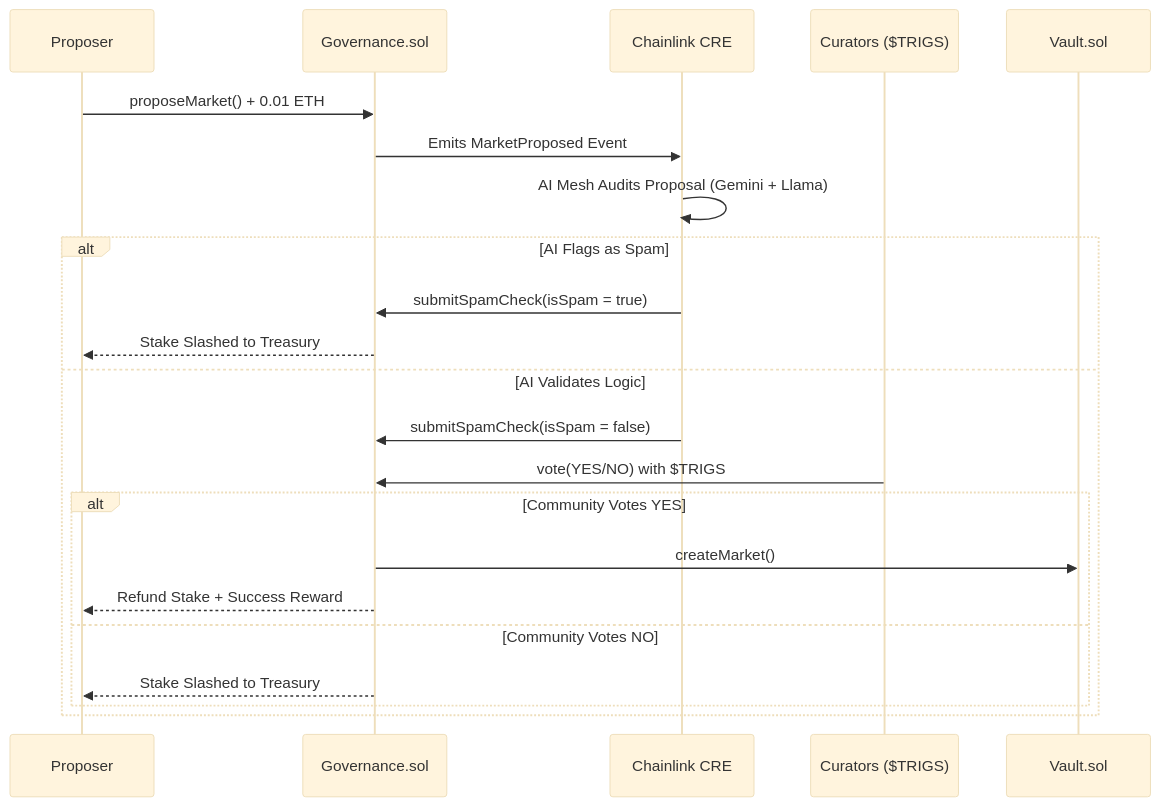
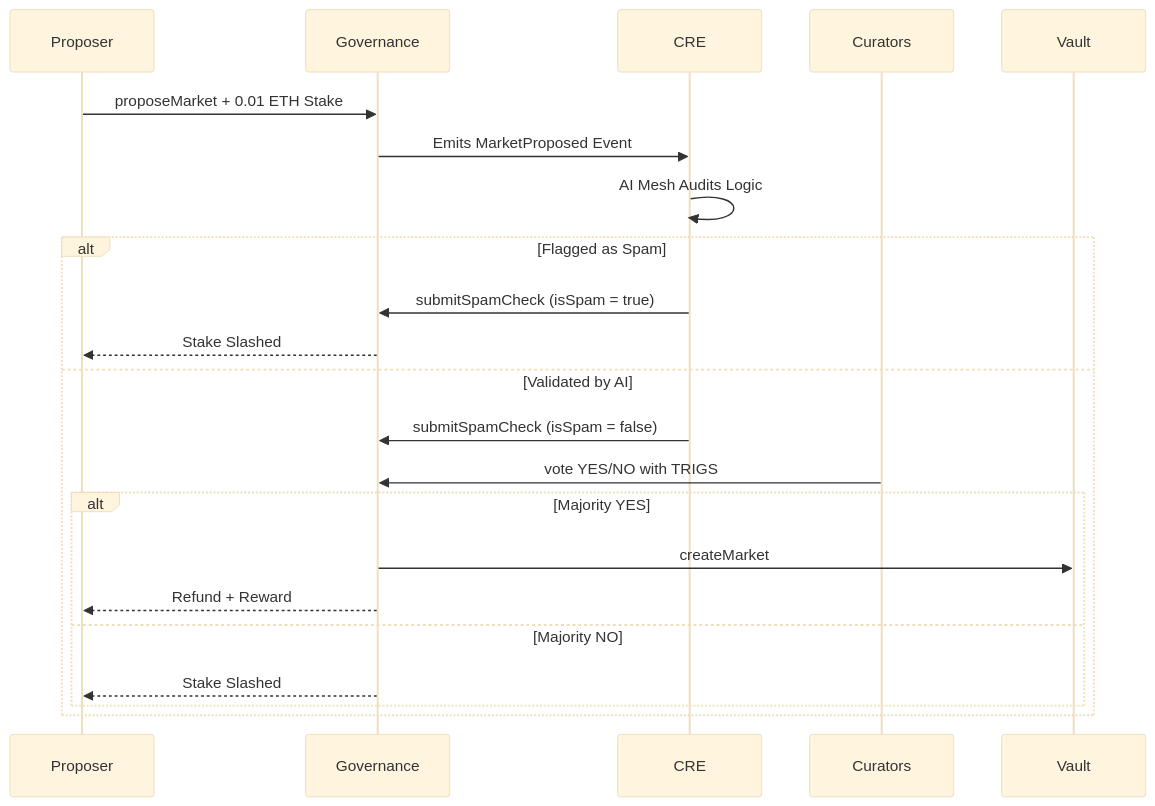
One commit to Trigs-link/trigslink changed the third of 3 diagrams in README.md. Above: the diagram before and after it, drawn with Mermaid (base theme). The commit also changed other lines of this file, not shown here.

````diff
--- a/README.md
+++ b/README.md
@@ -168,27 +192,27 @@
 ```mermaid
 sequenceDiagram
-    participant U as Proposer
-    participant G as Governance.sol
-    participant C as Chainlink CRE
-    participant V as Curators ($TRIGS)
-    participant M as Vault.sol
+    participant Proposer
+    participant Governance
+    participant CRE
+    participant Curators
+    participant Vault
 
-    U->>G: proposeMarket() + 0.01 ETH
-    G->>C: Emits MarketProposed Event
-    C->>C: AI Mesh Audits Proposal (Gemini + Llama)
+    Proposer->>Governance: proposeMarket + 0.01 ETH Stake
+    Governance->>CRE: Emits MarketProposed Event
+    CRE->>CRE: AI Mesh Audits Logic
     
-    alt AI Flags as Spam
-        C->>G: submitSpamCheck(isSpam = true)
-        G-->>U: Stake Slashed to Treasury
-    else AI Validates Logic
-        C->>G: submitSpamCheck(isSpam = false)
-        V->>G: vote(YES/NO) with $TRIGS
+    alt Flagged as Spam
+        CRE->>Governance: submitSpamCheck (isSpam = true)
+        Governance-->>Proposer: Stake Slashed
+    else Validated by AI
+        CRE->>Governance: submitSpamCheck (isSpam = false)
+        Curators->>Governance: vote YES/NO with TRIGS
         
-        alt Community Votes YES
-            G->>M: createMarket()
-            G-->>U: Refund Stake + Success Reward
-        else Community Votes NO
-            G-->>U: Stake Slashed to Treasury
+        alt Majority YES
+            Governance->>Vault: createMarket
+            Governance-->>Proposer: Refund + Reward
+        else Majority NO
+            Governance-->>Proposer: Stake Slashed
         end
     end
 ```
````
